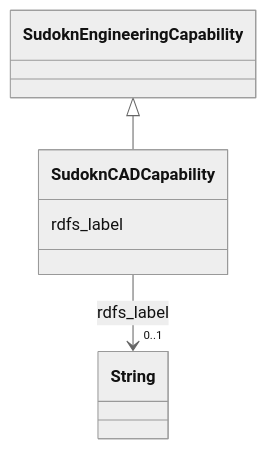
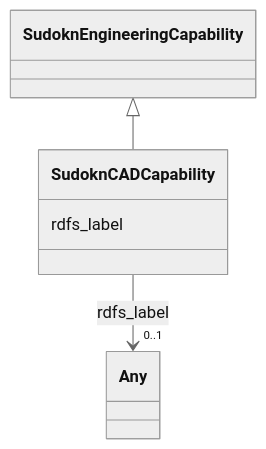
One commit to frink-okn/graph-descriptions changed the diagram in sudokn-kg/classes/SudoknCADCapability.md. Above: the diagram before and after it, drawn with Mermaid (neutral theme). The commit also changed other lines of this file and 903 other files, not shown here.

````diff
--- a/sudokn-kg/classes/SudoknCADCapability.md
+++ b/sudokn-kg/classes/SudoknCADCapability.md
@@ -23,18 +18,18 @@
 ```mermaid
  classDiagram
     class SudoknCADCapability
     click SudoknCADCapability href "../SudoknCADCapability"
       SudoknEngineeringCapability <|-- SudoknCADCapability
         click SudoknEngineeringCapability href "../SudoknEngineeringCapability"
       
       SudoknCADCapability : rdfs_label
         
           
     
     
-    SudoknCADCapability --> "0..1" String : rdfs_label
-    click String href "../String"
+    SudoknCADCapability --> "0..1" Any : rdfs_label
+    click Any href "../Any"
 
         
       
 ```
````
